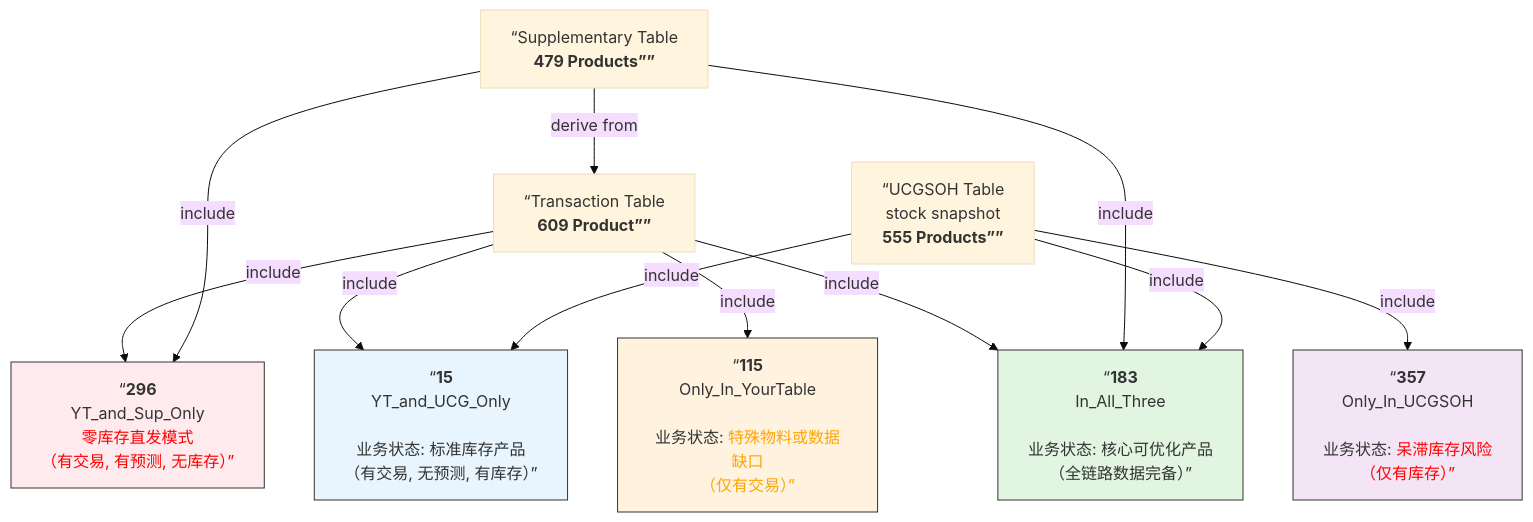
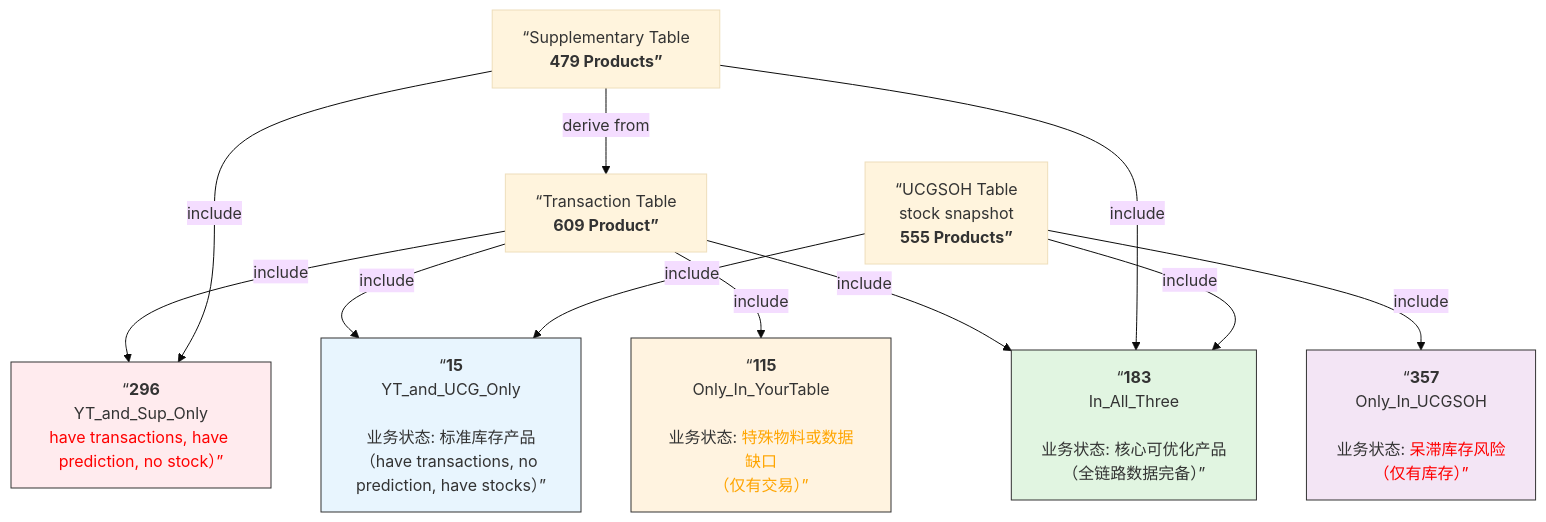
One commit to Inessa-YG/Marketing changed the diagram in Telecommunication/Table relationships by productcode.md. Above: the diagram before and after it, drawn with Mermaid (base theme).

Commit message:
Fix typos in product code table descriptions

````diff
--- a/Telecommunication/Table relationships by productcode.md
+++ b/Telecommunication/Table relationships by productcode.md
@@ -1,37 +1,37 @@
 ```mermaid
 flowchart TD
-    A[“Transaction Table<br><b>609 Product””]
+    A[“Transaction Table<br><b>609 Product”]
 
-    B[“Supplementary Table<br><b>479 Products””]
+    B[“Supplementary Table<br><b>479 Products”]
 
-    C[“UCGSOH Table<br>stock snapshot<br><b>555 Products””]
+    C[“UCGSOH Table<br>stock snapshot<br><b>555 Products”]
 
-    AB[“<b>296</b><br>YT_and_Sup_Only<br><font color=red>零库存直发模式<br>（有交易, 有预测, 无库存）”]
+    AB[“<b>296</b><br>YT_and_Sup_Only<br><font color=red>have transactions, have prediction, no stock）”]
 
-    AC[“<b>15</b><br>YT_and_UCG_Only<br><br>业务状态: 标准库存产品<br>（有交易, 无预测, 有库存）”]
+    AC[“<b>15</b><br>YT_and_UCG_Only<br><br>业务状态: 标准库存产品<br>（have transactions, no prediction, have stocks）”]
 
     A_Only[“<b>115</b><br>Only_In_YourTable<br><br>业务状态: <font color=orange>特殊物料或数据缺口<br>（仅有交易）”]
 
     C_Only[“<b>357</b><br>Only_In_UCGSOH<br><br>业务状态: <font color=red>呆滞库存风险<br>（仅有库存）”]
 
     ABC[“<b>183</b><br>In_All_Three<br><br>业务状态: 核心可优化产品<br>（全链路数据完备）”]
 
     A -->|include| AB
     A -->|include| AC
     A -->|include| A_Only
     A -->|include| ABC
 
     B -->|derive from| A
     B -->|include| AB
     B -->|include| ABC
 
     C -->|include| AC
     C -->|include| C_Only
     C -->|include| ABC
 
     style ABC fill:#e1f5e1,stroke:#333
     style AB fill:#ffebee,stroke:#333
     style A_Only fill:#fff3e0,stroke:#333
     style C_Only fill:#f3e5f5,stroke:#333
     style AC fill:#e8f5fe,stroke:#333
 ```
````
